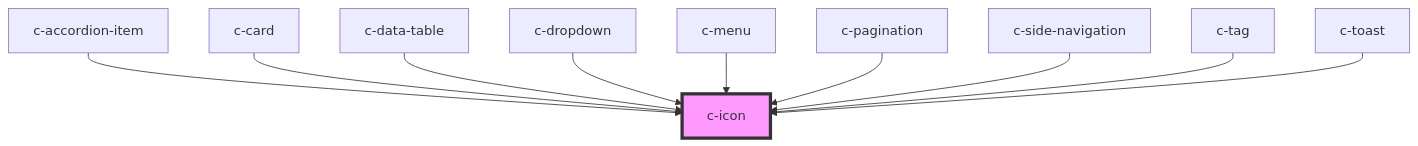
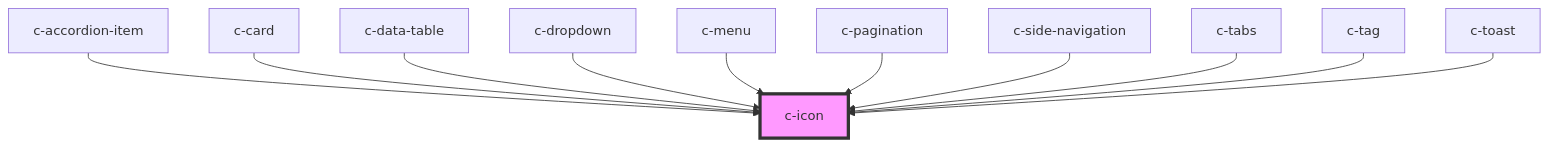
Before and after one commit to CSCfi/ui: the diagram in packages/csc-ui/src/components/c-icon/readme.md, drawn with Mermaid. The commit also changed other lines of this file and 20 other files, not shown here.

````diff
--- a/packages/csc-ui/src/components/c-icon/readme.md
+++ b/packages/csc-ui/src/components/c-icon/readme.md
@@ -39,13 +40,14 @@
 ```mermaid
 graph TD;
   c-accordion-item --> c-icon
   c-card --> c-icon
   c-data-table --> c-icon
   c-dropdown --> c-icon
   c-menu --> c-icon
   c-pagination --> c-icon
   c-side-navigation --> c-icon
+  c-tabs --> c-icon
   c-tag --> c-icon
   c-toast --> c-icon
   style c-icon fill:#f9f,stroke:#333,stroke-width:4px
 ```
````
